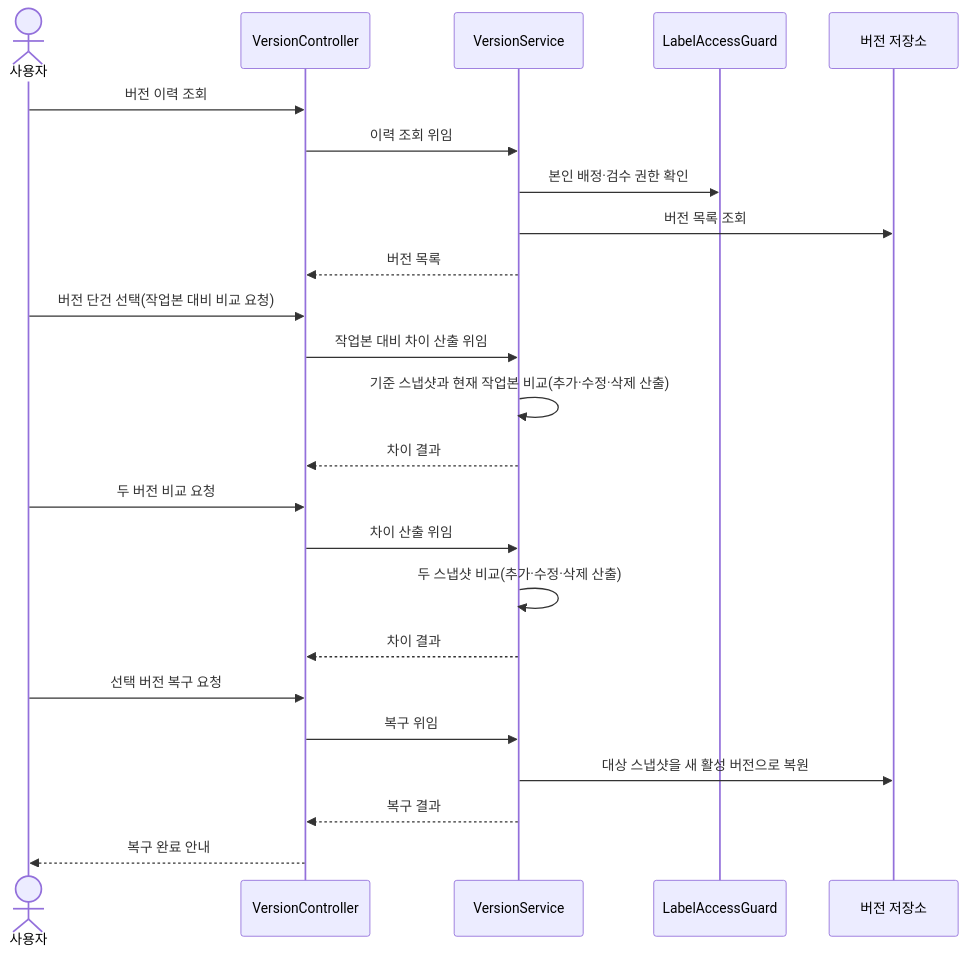
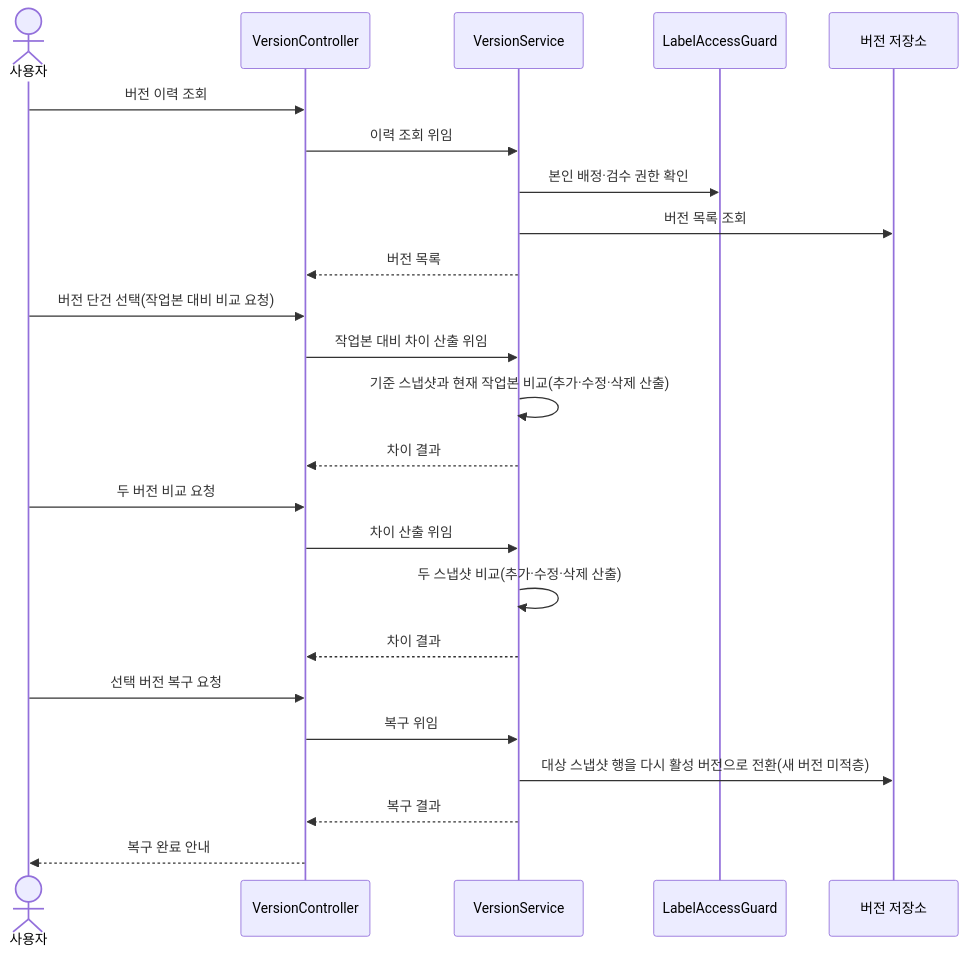
Before and after one commit to New-stella/klid-label: the eighth of 36 diagrams in docs/design/D1-클래스설계서.md, drawn with Mermaid. The commit also changed other lines of this file and 5 other files, not shown here.

````diff
--- a/docs/design/D1-클래스설계서.md
+++ b/docs/design/D1-클래스설계서.md
@@ -438,26 +438,26 @@
 ```mermaid
 sequenceDiagram
     actor U as 사용자
     participant C as VersionController
     participant S as VersionService
     participant G as LabelAccessGuard
     participant V as 버전 저장소
     U->>C: 버전 이력 조회
     C->>S: 이력 조회 위임
     S->>G: 본인 배정·검수 권한 확인
     S->>V: 버전 목록 조회
     S-->>C: 버전 목록
     U->>C: 버전 단건 선택(작업본 대비 비교 요청)
     C->>S: 작업본 대비 차이 산출 위임
     S->>S: 기준 스냅샷과 현재 작업본 비교(추가·수정·삭제 산출)
     S-->>C: 차이 결과
     U->>C: 두 버전 비교 요청
     C->>S: 차이 산출 위임
     S->>S: 두 스냅샷 비교(추가·수정·삭제 산출)
     S-->>C: 차이 결과
     U->>C: 선택 버전 복구 요청
     C->>S: 복구 위임
-    S->>V: 대상 스냅샷을 새 활성 버전으로 복원
+    S->>V: 대상 스냅샷 행을 다시 활성 버전으로 전환(새 버전 미적층)
     S-->>C: 복구 결과
     C-->>U: 복구 완료 안내
 ```
````
